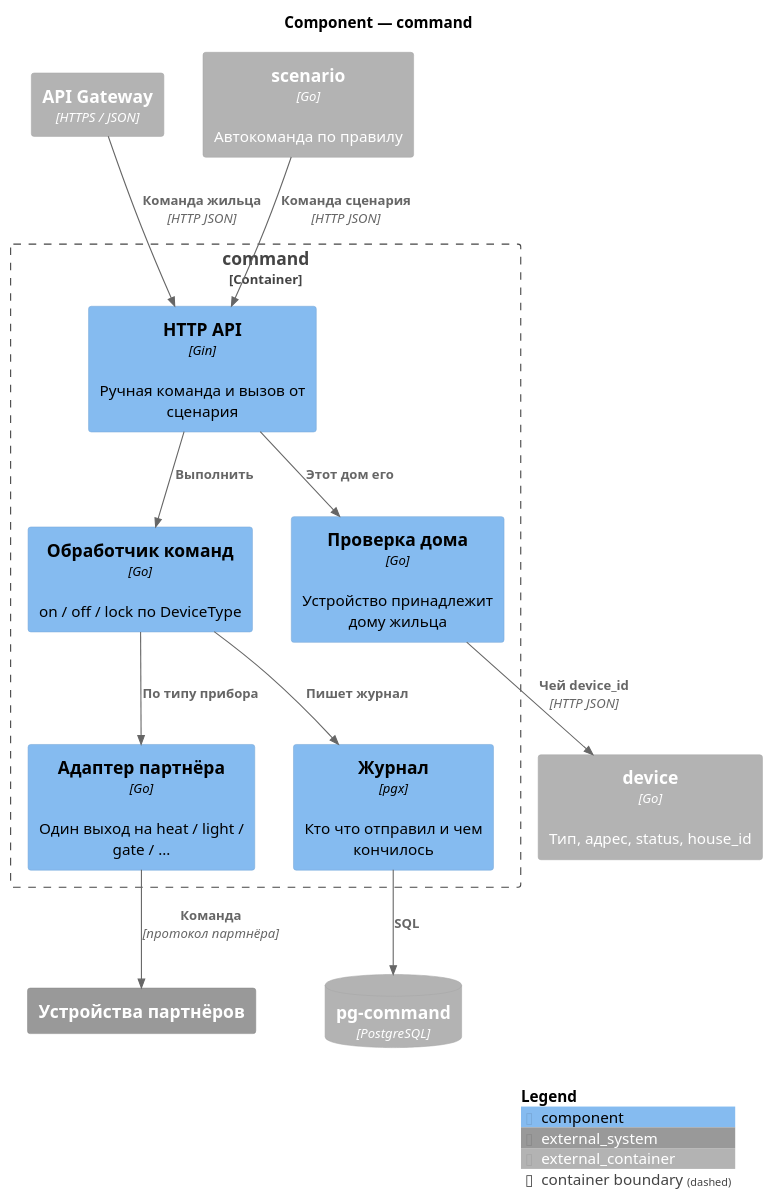
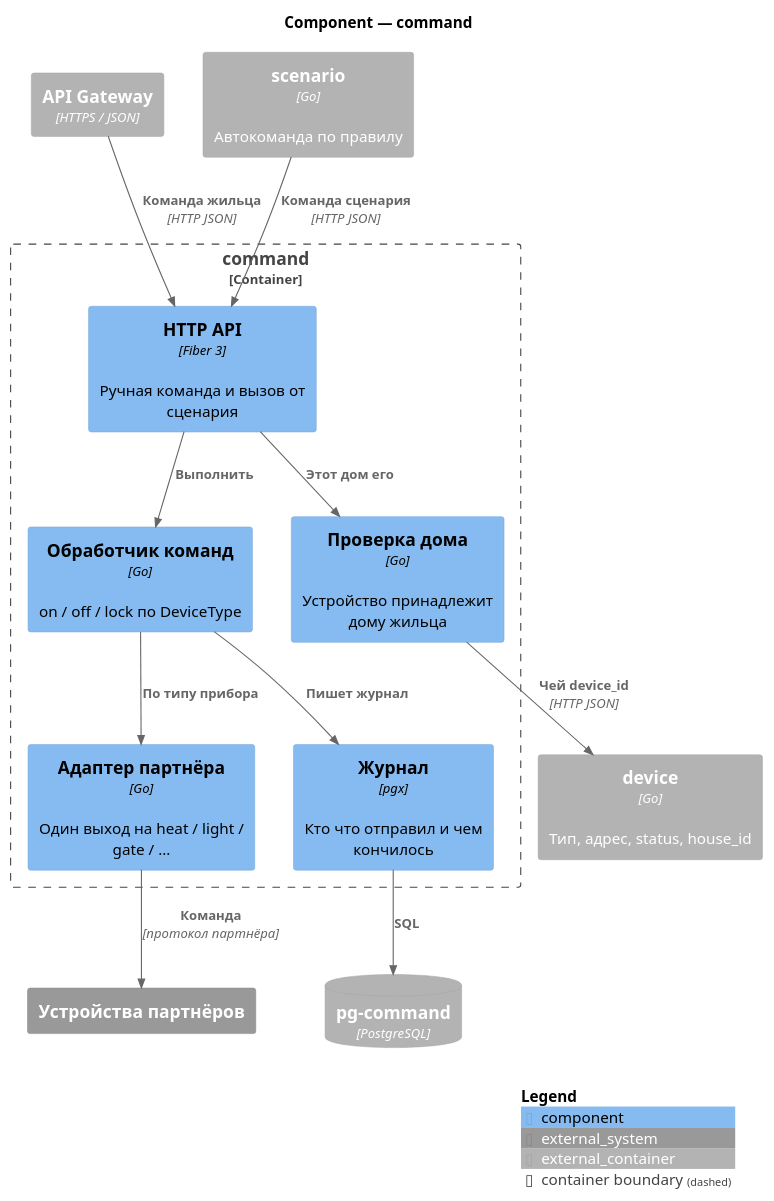
The diagram in docs/c4/02-component-command.puml (Dima-Karpov/architecture-pro-warmhouse), drawn with PlantUML before and after one commit. The commit also changed 20 other files, not shown here.

```diff
--- a/docs/c4/02-component-command.puml
+++ b/docs/c4/02-component-command.puml
@@ -1,31 +1,31 @@
 @startuml
 !include https://raw.githubusercontent.com/plantuml-stdlib/C4-PlantUML/master/C4_Component.puml
 
 title Component — command
 
 Container_Boundary(command, "command") {
-    Component(api, "HTTP API", "Gin", "Ручная команда и вызов от сценария")
+    Component(api, "HTTP API", "Fiber 3", "Ручная команда и вызов от сценария")
     Component(handler, "Обработчик команд", "Go", "on / off / lock по DeviceType")
     Component(acl, "Проверка дома", "Go", "Устройство принадлежит дому жильца")
     Component(adapter, "Адаптер партнёра", "Go", "Один выход на heat / light / gate / …")
     Component(repo, "Журнал", "pgx", "Кто что отправил и чем кончилось")
 }
 
 ContainerDb_Ext(db, "pg-command", "PostgreSQL")
 Container_Ext(gw, "API Gateway", "HTTPS / JSON")
 Container_Ext(device, "device", "Go", "Тип, адрес, status, house_id")
 Container_Ext(scenario, "scenario", "Go", "Автокоманда по правилу")
 System_Ext(partner, "Устройства партнёров")
 
 Rel(gw, api, "Команда жильца", "HTTP JSON")
 Rel(scenario, api, "Команда сценария", "HTTP JSON")
 Rel(api, acl, "Этот дом его")
 Rel(acl, device, "Чей device_id", "HTTP JSON")
 Rel(api, handler, "Выполнить")
 Rel(handler, adapter, "По типу прибора")
 Rel(adapter, partner, "Команда", "протокол партнёра")
 Rel(handler, repo, "Пишет журнал")
 Rel(repo, db, "SQL")
 
 SHOW_LEGEND()
 @enduml
```
